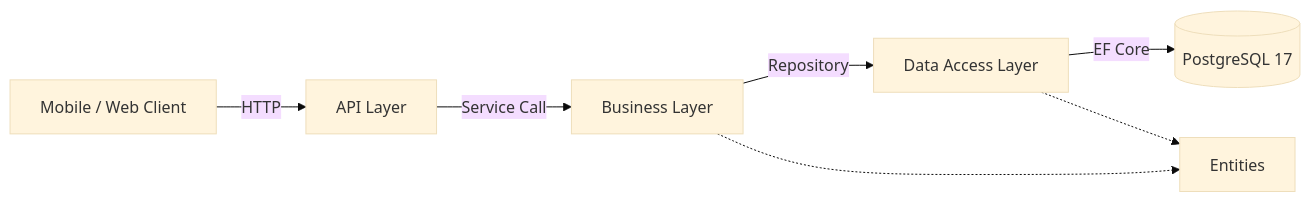
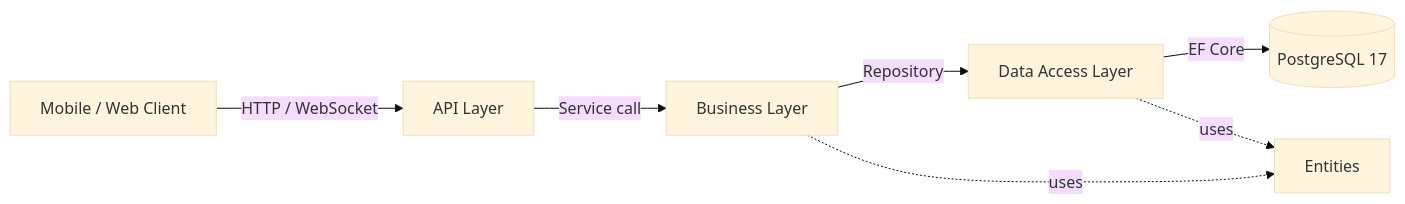
The first of 2 diagrams in README.md (anilcy/instagramSimpleBackendClone), drawn with Mermaid (base theme) before and after one commit. The commit also changed other lines of this file and 1 other file, not shown here.

````diff
--- a/README.md
+++ b/README.md
@@ -61,10 +71,10 @@
 ```mermaid
 graph LR
-  UI[Mobile / Web Client] -->|HTTP| API[API Layer]
-  API -->|Service Call| BL[Business Layer]
+  UI[Mobile / Web Client] -->|HTTP / WebSocket| API[API Layer]
+  API -->|Service call| BL[Business Layer]
   BL -->|Repository| DAL[Data Access Layer]
   DAL -->|EF Core| DB[(PostgreSQL 17)]
   ENT[Entities]
-  BL -.-> ENT
-  DAL -.-> ENT
+  BL -.uses.-> ENT
+  DAL -.uses.-> ENT
 ```
````
